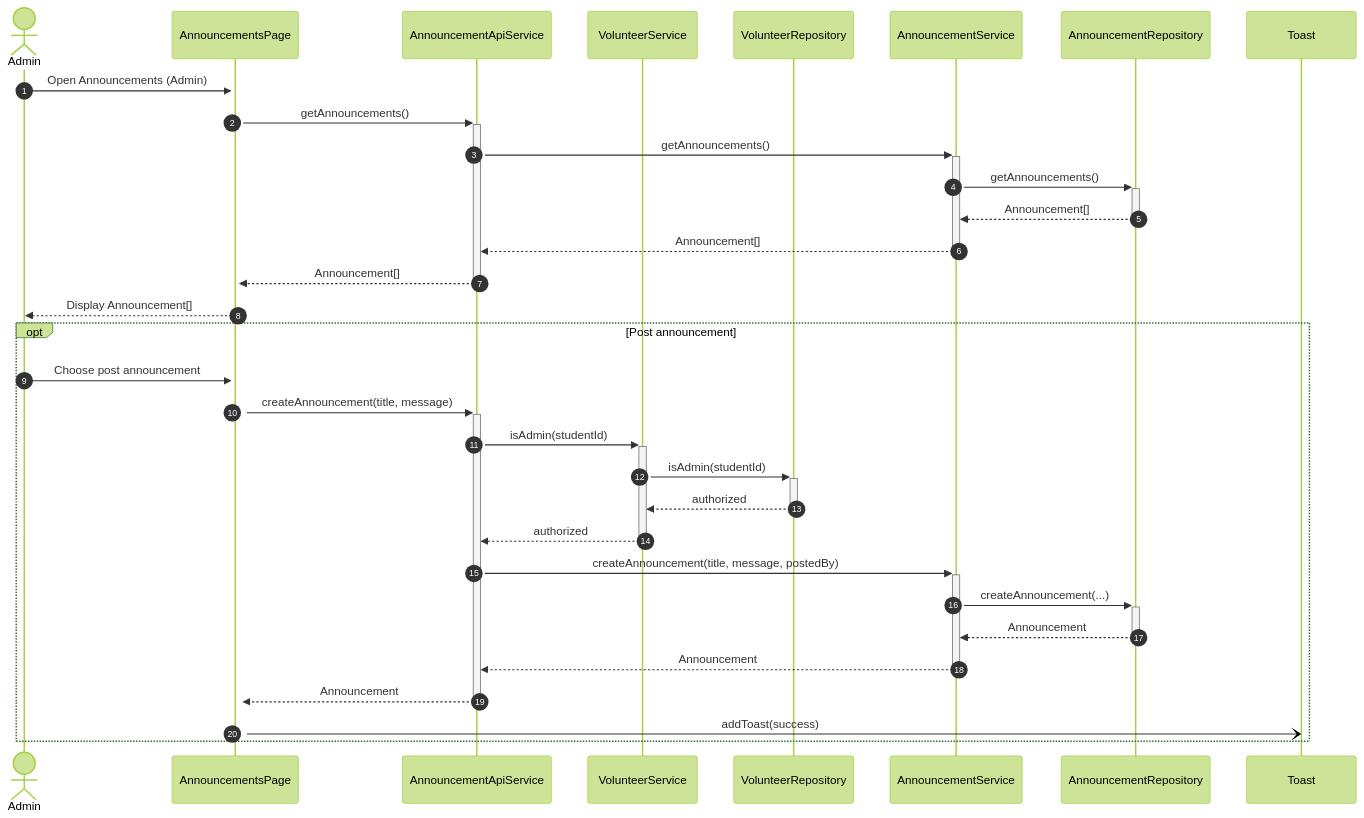
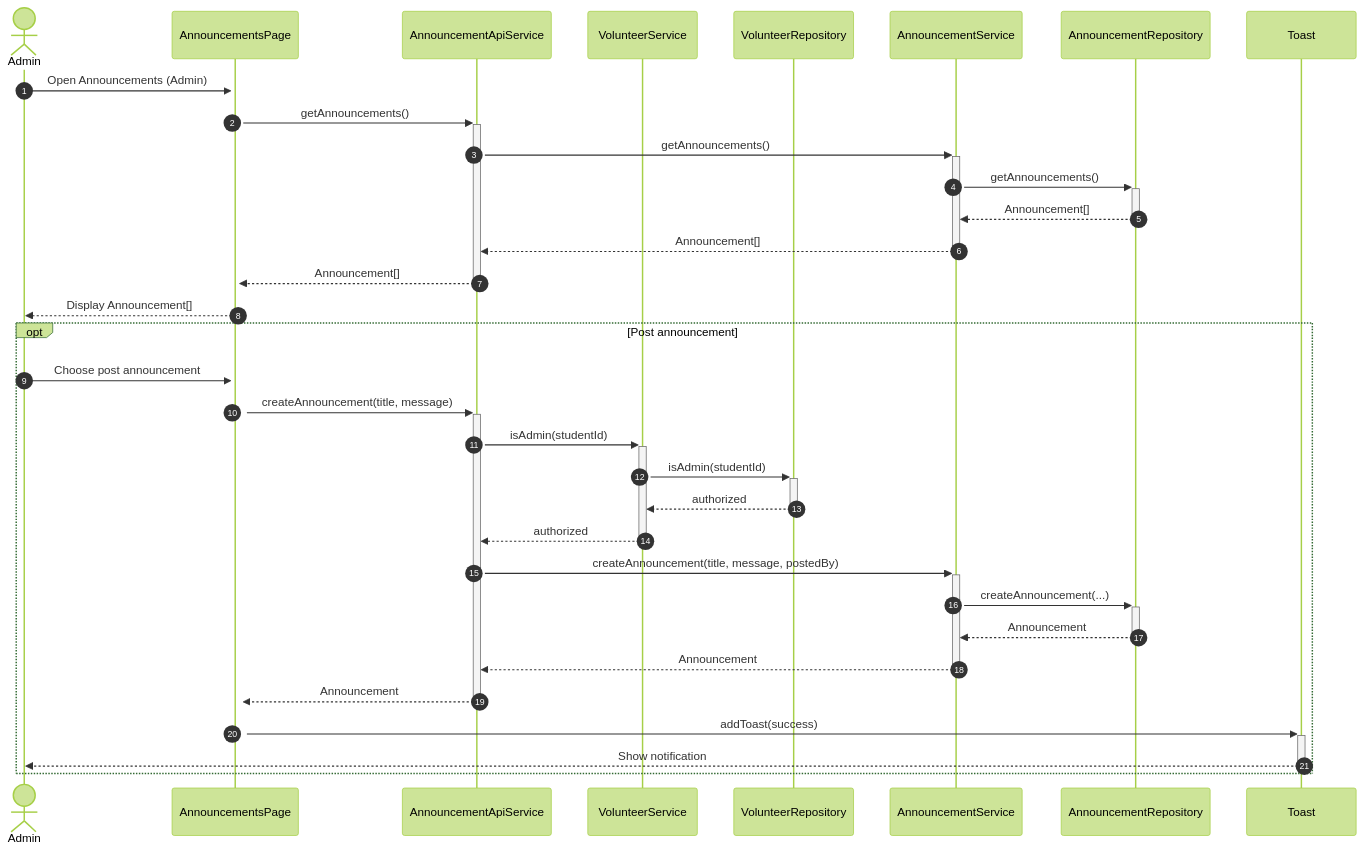
The diagram in diagrams/sequences/admin-send-announcements.mermaid (crypto-cmd/Volunteer-Management-COMP2171), drawn with Mermaid (forest theme) before and after one commit. The commit also changed 9 other files, not shown here.

```diff
--- a/diagrams/sequences/admin-send-announcements.mermaid
+++ b/diagrams/sequences/admin-send-announcements.mermaid
@@ -1,34 +1,35 @@
 sequenceDiagram
 autonumber
 actor Admin
 participant AnnouncementsPage
 participant AnnouncementApiService
 participant VolunteerService
 participant VolunteerRepo as VolunteerRepository
 participant AnnouncementService
 participant AnnouncementRepo as AnnouncementRepository
 participant Toast
 
 Admin->>+AnnouncementsPage: Open Announcements (Admin)
 AnnouncementsPage->>+AnnouncementApiService: getAnnouncements()
 AnnouncementApiService->>+AnnouncementService: getAnnouncements()
 AnnouncementService->>+AnnouncementRepo: getAnnouncements()
 AnnouncementRepo-->>-AnnouncementService: Announcement[]
 AnnouncementService-->>-AnnouncementApiService: Announcement[]
 AnnouncementApiService-->>-AnnouncementsPage: Announcement[]
 AnnouncementsPage-->>Admin: Display Announcement[]
 
 opt Post announcement
   Admin->>+AnnouncementsPage: Choose post announcement
   AnnouncementsPage->>+AnnouncementApiService: createAnnouncement(title, message)
   AnnouncementApiService->>+VolunteerService: isAdmin(studentId)
   VolunteerService->>+VolunteerRepo: isAdmin(studentId)
   VolunteerRepo-->>-VolunteerService: authorized
   VolunteerService-->>-AnnouncementApiService: authorized
   AnnouncementApiService->>+AnnouncementService: createAnnouncement(title, message, postedBy)
   AnnouncementService->>+AnnouncementRepo: createAnnouncement(...)
   AnnouncementRepo-->>-AnnouncementService: Announcement
   AnnouncementService-->>-AnnouncementApiService: Announcement
   AnnouncementApiService-->>-AnnouncementsPage: Announcement
-  AnnouncementsPage-)Toast: addToast(success)
+  AnnouncementsPage->>+Toast: addToast(success)
+  Toast-->>-Admin: Show notification
 end
```
